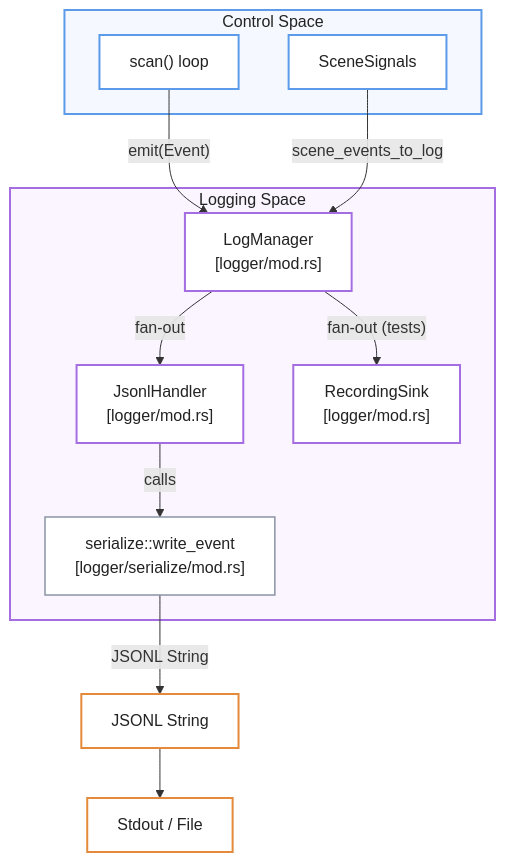
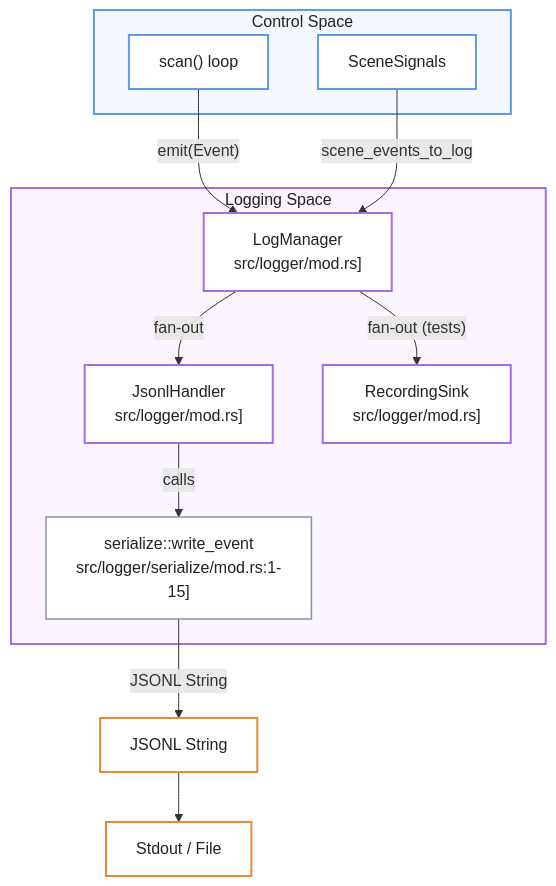
The first of 3 diagrams in docs/wiki/5-logging-and-telemetry.md (e7canasta/mana-lite), drawn with Mermaid before and after one commit. The commit also changed other lines of this file and 92 other files, not shown here.

```diff
--- a/docs/wiki/5-logging-and-telemetry.md
+++ b/docs/wiki/5-logging-and-telemetry.md
@@ -50,12 +50,12 @@
 
     subgraph LOGGING["Logging Space"]
 
-        LM["LogManager<br/>[logger/mod.rs]"]
+        LM["LogManager<br/>src/logger/mod.rs]"]
 
-        JSONL["JsonlHandler<br/>[logger/mod.rs]"]
-        RECORD["RecordingSink<br/>[logger/mod.rs]"]
+        JSONL["JsonlHandler<br/>src/logger/mod.rs]"]
+        RECORD["RecordingSink<br/>src/logger/mod.rs]"]
 
-        SERIALIZE["serialize::write_event<br/>[logger/serialize/mod.rs]"]
+        SERIALIZE["serialize::write_event<br/>src/logger/serialize/mod.rs:1-15]"]
 
     end
 
```
